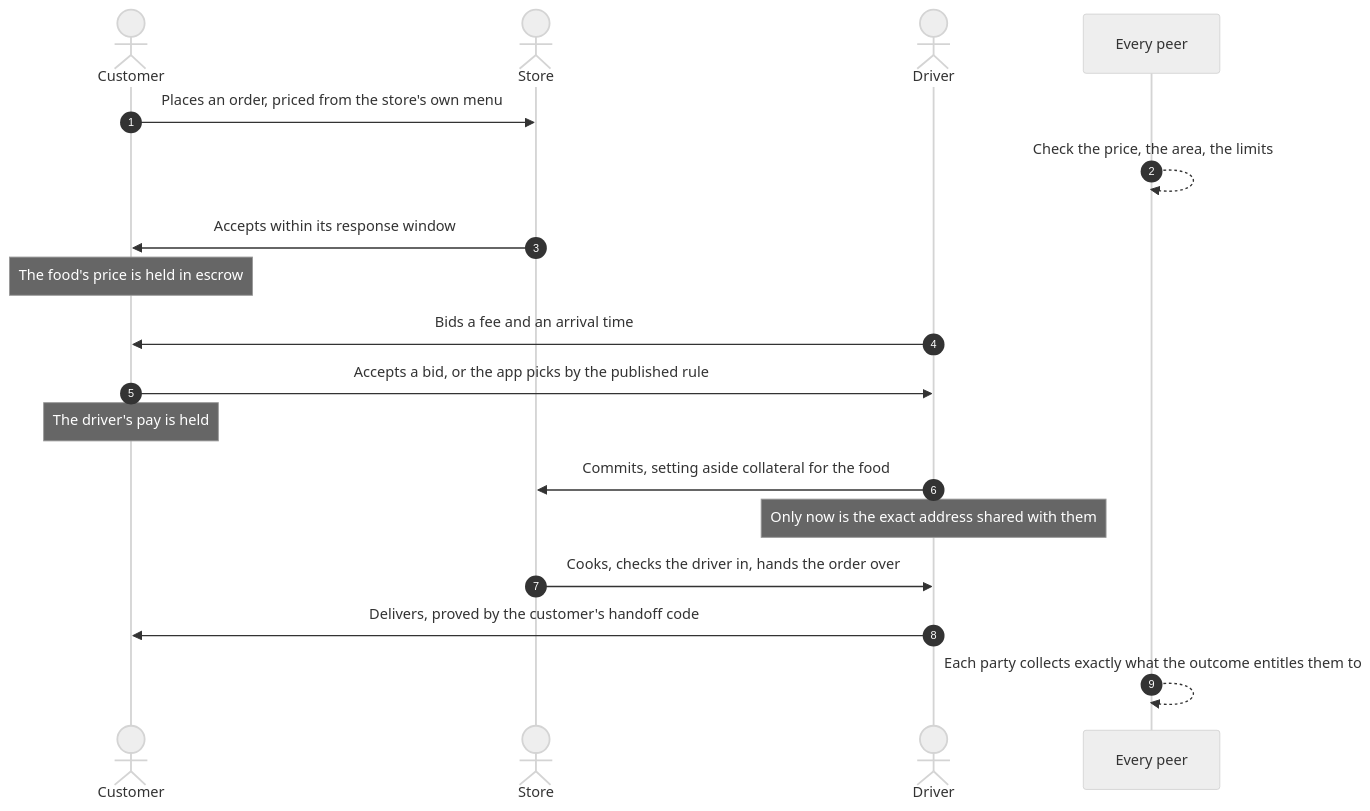
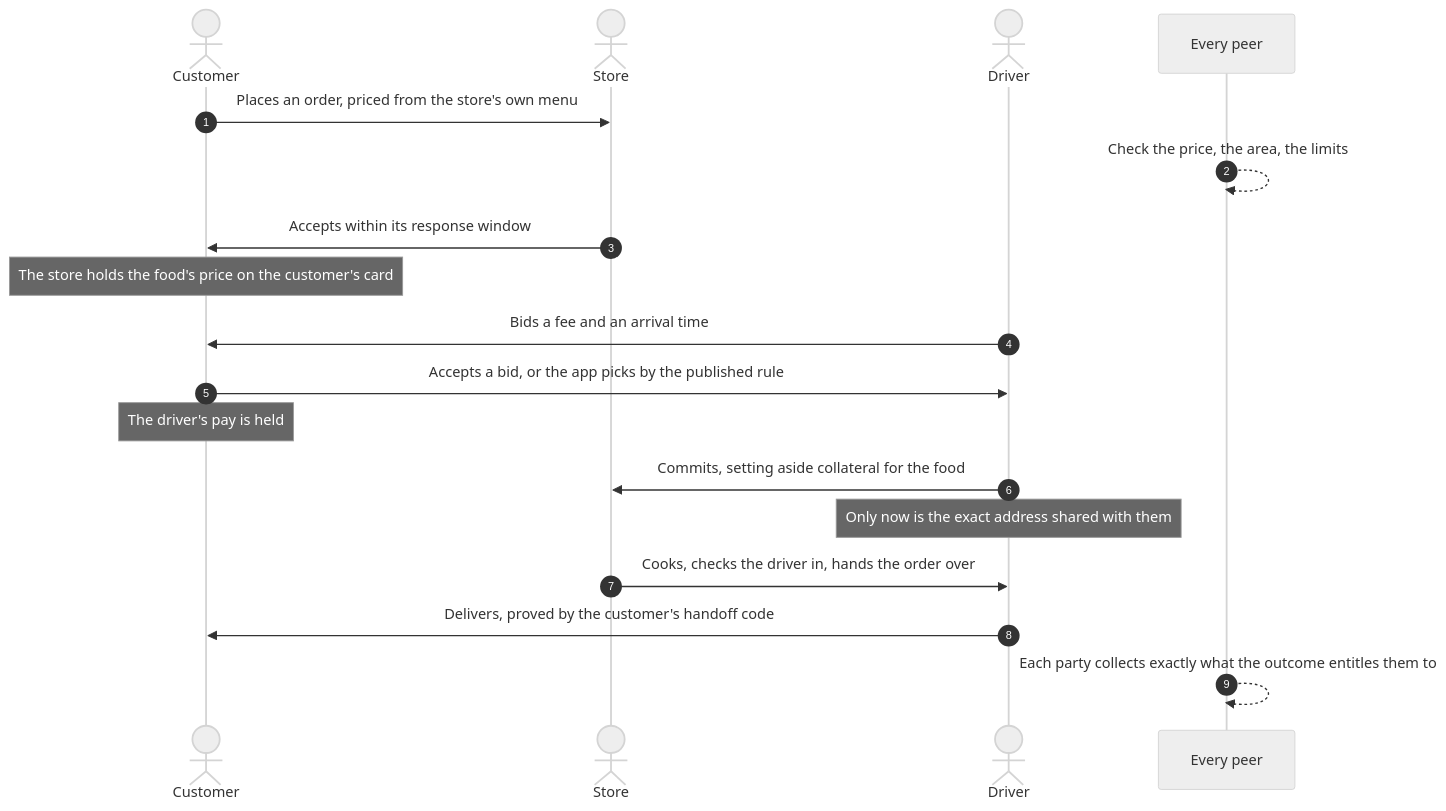
One commit to TrevorWysong/HandShake changed the fourth of 6 diagrams in README.md. Above: the diagram before and after it, drawn with Mermaid (neutral theme). The commit also changed other lines of this file and 5 other files, not shown here.

First line of the commit message:
An order whose payments can't be worked out is reported as trouble, never taken for nothing due, and the README stops calling holds escrow

````diff
--- a/README.md
+++ b/README.md
@@ -127,21 +127,21 @@
 ```mermaid
 sequenceDiagram
     autonumber
     actor Customer
     actor Store
     actor Driver
     participant Peers as Every peer
 
     Customer->>Store: Places an order, priced from the store's own menu
     Peers-->>Peers: Check the price, the area, the limits
     Store->>Customer: Accepts within its response window
-    Note over Customer: The food's price is held in escrow
+    Note over Customer: The store holds the food's price on the customer's card
     Driver->>Customer: Bids a fee and an arrival time
     Customer->>Driver: Accepts a bid, or the app picks by the published rule
     Note over Customer: The driver's pay is held
     Driver->>Store: Commits, setting aside collateral for the food
     Note over Driver: Only now is the exact address shared with them
     Store->>Driver: Cooks, checks the driver in, hands the order over
     Driver->>Customer: Delivers, proved by the customer's handoff code
     Peers-->>Peers: Each party collects exactly what the outcome entitles them to
 ```
````
